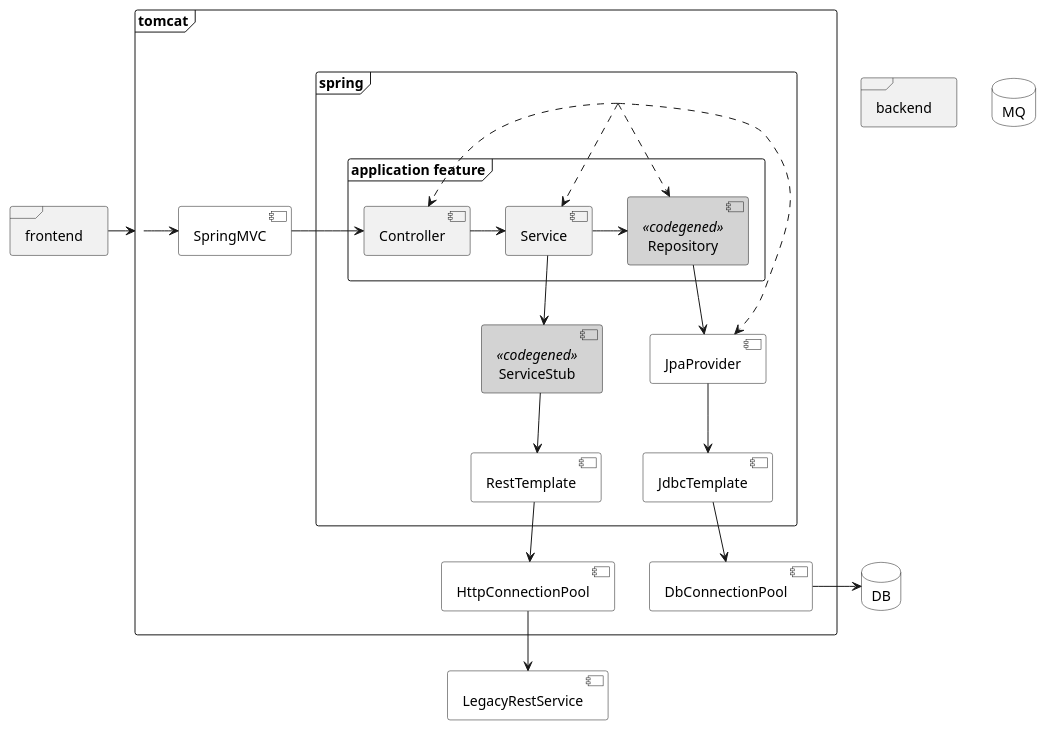
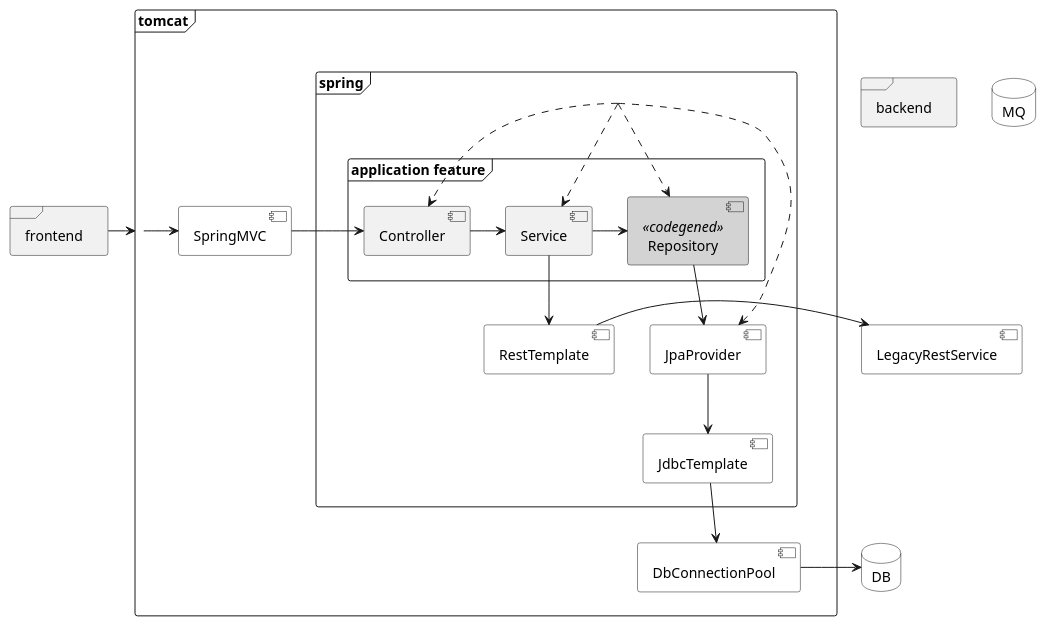
The diagram in README.md (eugene-krivosheyev/agile-practices-application), drawn with PlantUML before and after one commit. The commit also changed other lines of this file, not shown here.

Commit message:
Update architecture documentation.

````diff
--- a/README.md
+++ b/README.md
@@ -6,49 +6,47 @@
 ```puml
 @startuml
-
 frame frontend
 frontend -> tomcat
 
 database DB #white
 database MQ #white
-component LegacyRestService #white
+component [LegacyRestService] #white
 
 frame backend {
   frame tomcat {
     component [SpringMVC] #white
+    
     frame spring {
       component [RestTemplate] #white
       component [JpaProvider] #white
       component [JdbcTemplate] #white
-      component [ServiceStub] <<codegened>> #lightgray
+      
       frame "application feature" {
         component [Repository] <<codegened>> #lightgray
         [Controller] -> [Service]
         Service -> [Repository]
         Repository --> JpaProvider
         JpaProvider --> JdbcTemplate
         
-        Service --> ServiceStub
-        ServiceStub --> RestTemplate
+        Service --> RestTemplate
+        RestTemplate -> LegacyRestService
       }
     }
-    component [HttpConnectionPool] #white
-    RestTemplate --> HttpConnectionPool
-    HttpConnectionPool --> LegacyRestService
     
     component [DbConnectionPool] #white
     JdbcTemplate --> DbConnectionPool
     DbConnectionPool -> DB
     
     spring ..> Controller
     spring ..> Service
     spring ..> Repository
     spring ..> JpaProvider
   }
   
   tomcat -> SpringMVC
   SpringMVC -> Controller
 }
 
+
 @enduml
 ```
````
